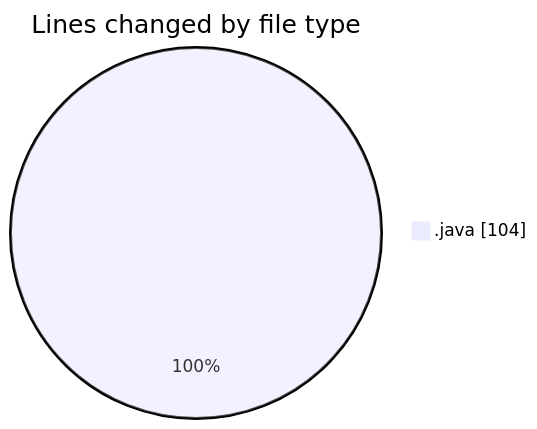
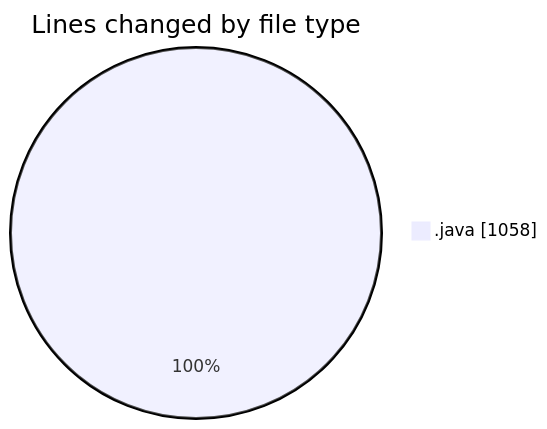
One commit to ricardozamudiocil/code-tracking changed the first of 2 diagrams in 2026-08-25/cilreports__workspace_/README.md. Above: the diagram before and after it, drawn with Mermaid. The commit also changed other lines of this file and 1 other file, not shown here.

````diff
--- a/2026-08-25/cilreports__workspace_/README.md
+++ b/2026-08-25/cilreports__workspace_/README.md
@@ -20,5 +22,5 @@
 ```mermaid
 pie showData
 title Lines changed by file type
-".java" : 104
+".java" : 1058
 ```
````
